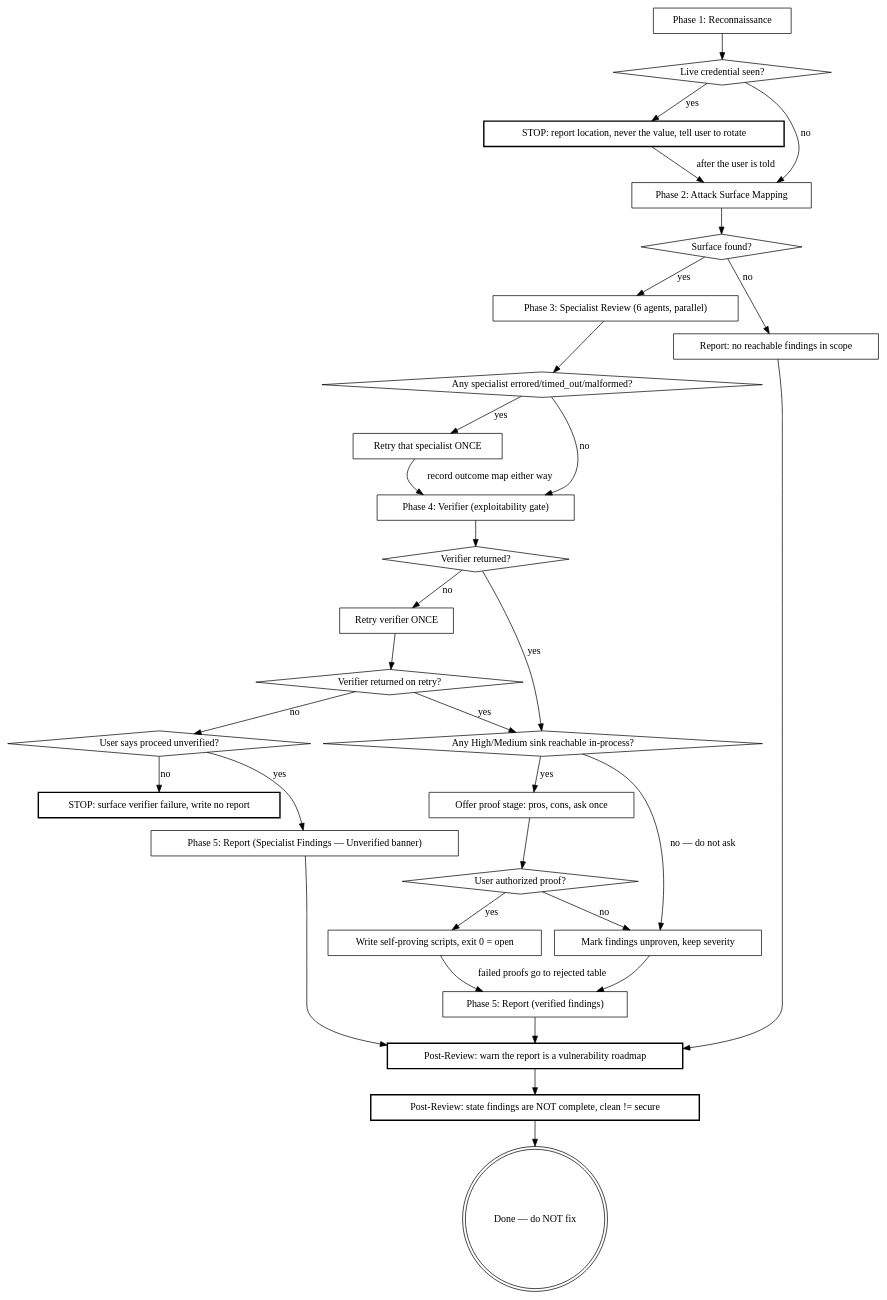
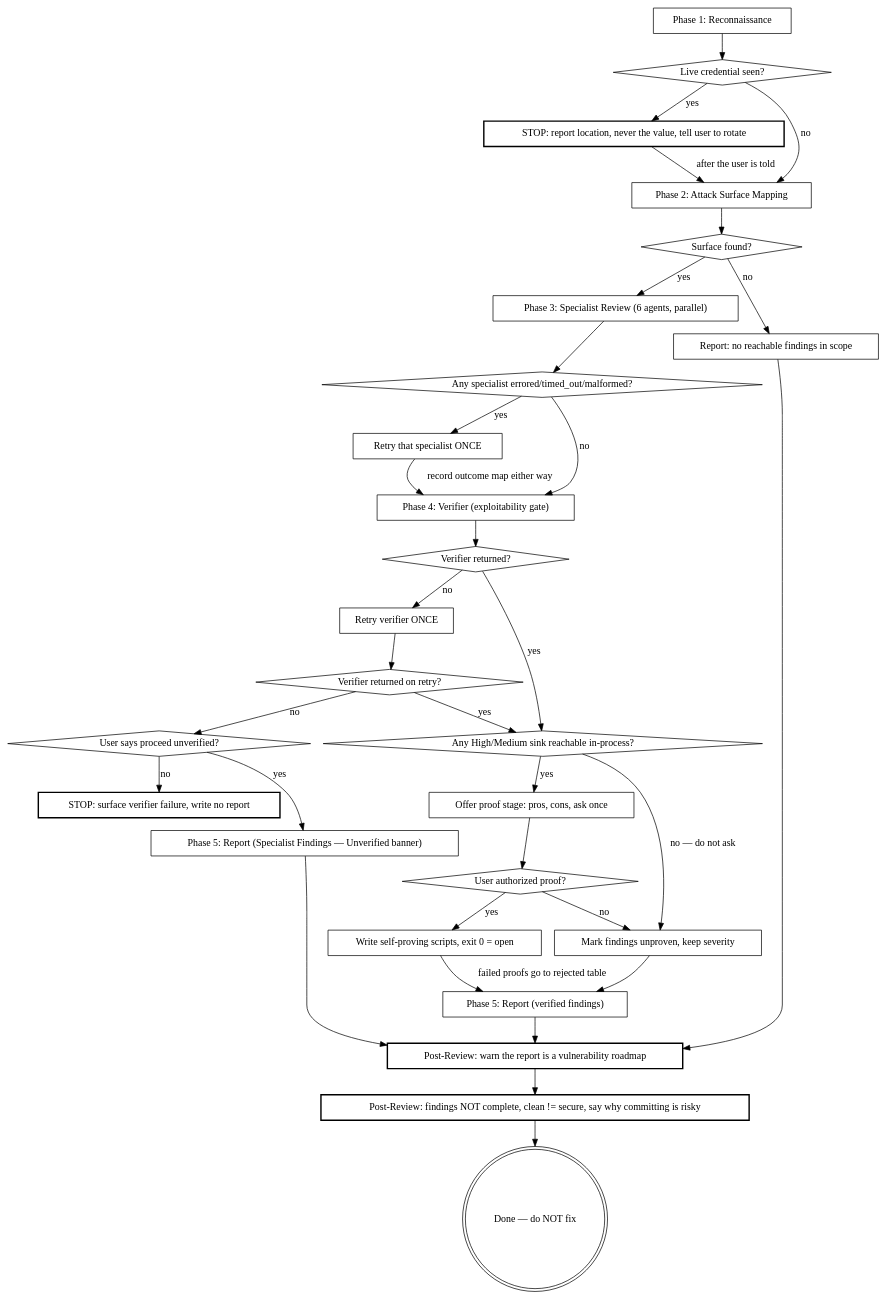
Before and after one commit to Ovid/paad: the second of 3 diagrams in kiro_and_antigravity/skills/.kiro/skills/agentic-owasp/SKILL.md, drawn with Graphviz. The commit also changed other lines of this file and 4 other files, not shown here.

First line of the commit message:
feat(agentic-owasp): say why committing the report is a bad bet

````diff
--- a/kiro_and_antigravity/skills/.kiro/skills/agentic-owasp/SKILL.md
+++ b/kiro_and_antigravity/skills/.kiro/skills/agentic-owasp/SKILL.md
@@ -72,61 +72,61 @@
 ```dot
 digraph session {
   "Phase 1: Reconnaissance" [shape=box];
   "Live credential seen?" [shape=diamond];
   "STOP: report location, never the value, tell user to rotate" [shape=box, style=bold];
   "Phase 2: Attack Surface Mapping" [shape=box];
   "Surface found?" [shape=diamond];
   "Phase 3: Specialist Review (6 agents, parallel)" [shape=box];
   "Any specialist errored/timed_out/malformed?" [shape=diamond];
   "Retry that specialist ONCE" [shape=box];
   "Phase 4: Verifier (exploitability gate)" [shape=box];
   "Verifier returned?" [shape=diamond];
   "Retry verifier ONCE" [shape=box];
   "Verifier returned on retry?" [shape=diamond];
   "User says proceed unverified?" [shape=diamond];
   "STOP: surface verifier failure, write no report" [shape=box, style=bold];
   "Any High/Medium sink reachable in-process?" [shape=diamond];
   "Offer proof stage: pros, cons, ask once" [shape=box];
   "User authorized proof?" [shape=diamond];
   "Write self-proving scripts, exit 0 = open" [shape=box];
   "Mark findings unproven, keep severity" [shape=box];
   "Phase 5: Report (verified findings)" [shape=box];
   "Phase 5: Report (Specialist Findings — Unverified banner)" [shape=box];
   "Report: no reachable findings in scope" [shape=box];
   "Post-Review: warn the report is a vulnerability roadmap" [shape=box, style=bold];
-  "Post-Review: state findings are NOT complete, clean != secure" [shape=box, style=bold];
+  "Post-Review: findings NOT complete, clean != secure, say why committing is risky" [shape=box, style=bold];
   "Done — do NOT fix" [shape=doublecircle];
 
   "Phase 1: Reconnaissance" -> "Live credential seen?";
   "Live credential seen?" -> "STOP: report location, never the value, tell user to rotate" [label="yes"];
   "STOP: report location, never the value, tell user to rotate" -> "Phase 2: Attack Surface Mapping" [label="after the user is told"];
   "Live credential seen?" -> "Phase 2: Attack Surface Mapping" [label="no"];
   "Phase 2: Attack Surface Mapping" -> "Surface found?";
   "Surface found?" -> "Report: no reachable findings in scope" [label="no"];
   "Surface found?" -> "Phase 3: Specialist Review (6 agents, parallel)" [label="yes"];
   "Phase 3: Specialist Review (6 agents, parallel)" -> "Any specialist errored/timed_out/malformed?";
   "Any specialist errored/timed_out/malformed?" -> "Retry that specialist ONCE" [label="yes"];
   "Retry that specialist ONCE" -> "Phase 4: Verifier (exploitability gate)" [label="record outcome map either way"];
   "Any specialist errored/timed_out/malformed?" -> "Phase 4: Verifier (exploitability gate)" [label="no"];
   "Phase 4: Verifier (exploitability gate)" -> "Verifier returned?";
   "Verifier returned?" -> "Any High/Medium sink reachable in-process?" [label="yes"];
   "Verifier returned?" -> "Retry verifier ONCE" [label="no"];
   "Retry verifier ONCE" -> "Verifier returned on retry?";
   "Verifier returned on retry?" -> "Any High/Medium sink reachable in-process?" [label="yes"];
   "Verifier returned on retry?" -> "User says proceed unverified?" [label="no"];
   "User says proceed unverified?" -> "Phase 5: Report (Specialist Findings — Unverified banner)" [label="yes"];
   "User says proceed unverified?" -> "STOP: surface verifier failure, write no report" [label="no"];
   "Any High/Medium sink reachable in-process?" -> "Offer proof stage: pros, cons, ask once" [label="yes"];
   "Any High/Medium sink reachable in-process?" -> "Mark findings unproven, keep severity" [label="no — do not ask"];
   "Offer proof stage: pros, cons, ask once" -> "User authorized proof?";
   "User authorized proof?" -> "Write self-proving scripts, exit 0 = open" [label="yes"];
   "User authorized proof?" -> "Mark findings unproven, keep severity" [label="no"];
   "Write self-proving scripts, exit 0 = open" -> "Phase 5: Report (verified findings)" [label="failed proofs go to rejected table"];
   "Mark findings unproven, keep severity" -> "Phase 5: Report (verified findings)";
   "Report: no reachable findings in scope" -> "Post-Review: warn the report is a vulnerability roadmap";
   "Phase 5: Report (verified findings)" -> "Post-Review: warn the report is a vulnerability roadmap";
   "Phase 5: Report (Specialist Findings — Unverified banner)" -> "Post-Review: warn the report is a vulnerability roadmap";
-  "Post-Review: warn the report is a vulnerability roadmap" -> "Post-Review: state findings are NOT complete, clean != secure";
-  "Post-Review: state findings are NOT complete, clean != secure" -> "Done — do NOT fix";
+  "Post-Review: warn the report is a vulnerability roadmap" -> "Post-Review: findings NOT complete, clean != secure, say why committing is risky";
+  "Post-Review: findings NOT complete, clean != secure, say why committing is risky" -> "Done — do NOT fix";
 }
 ```
````
